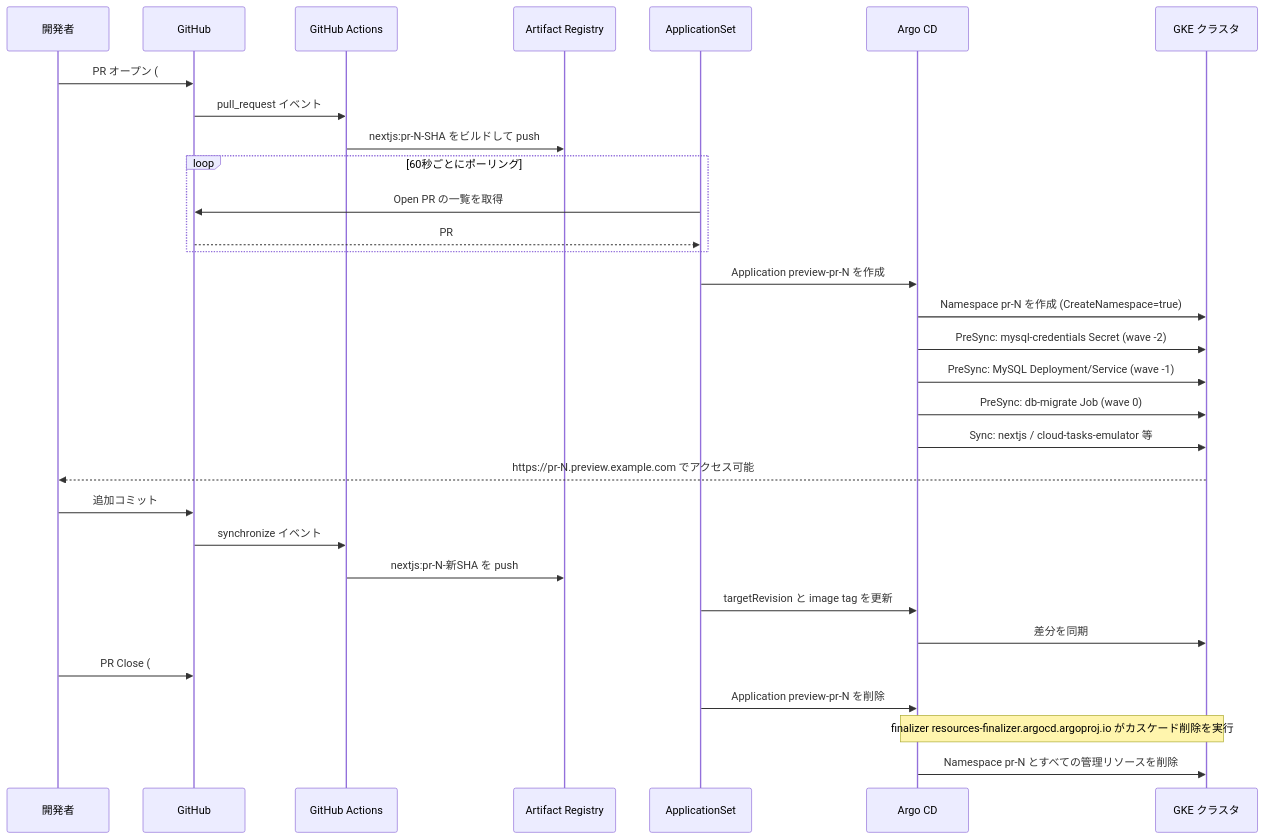
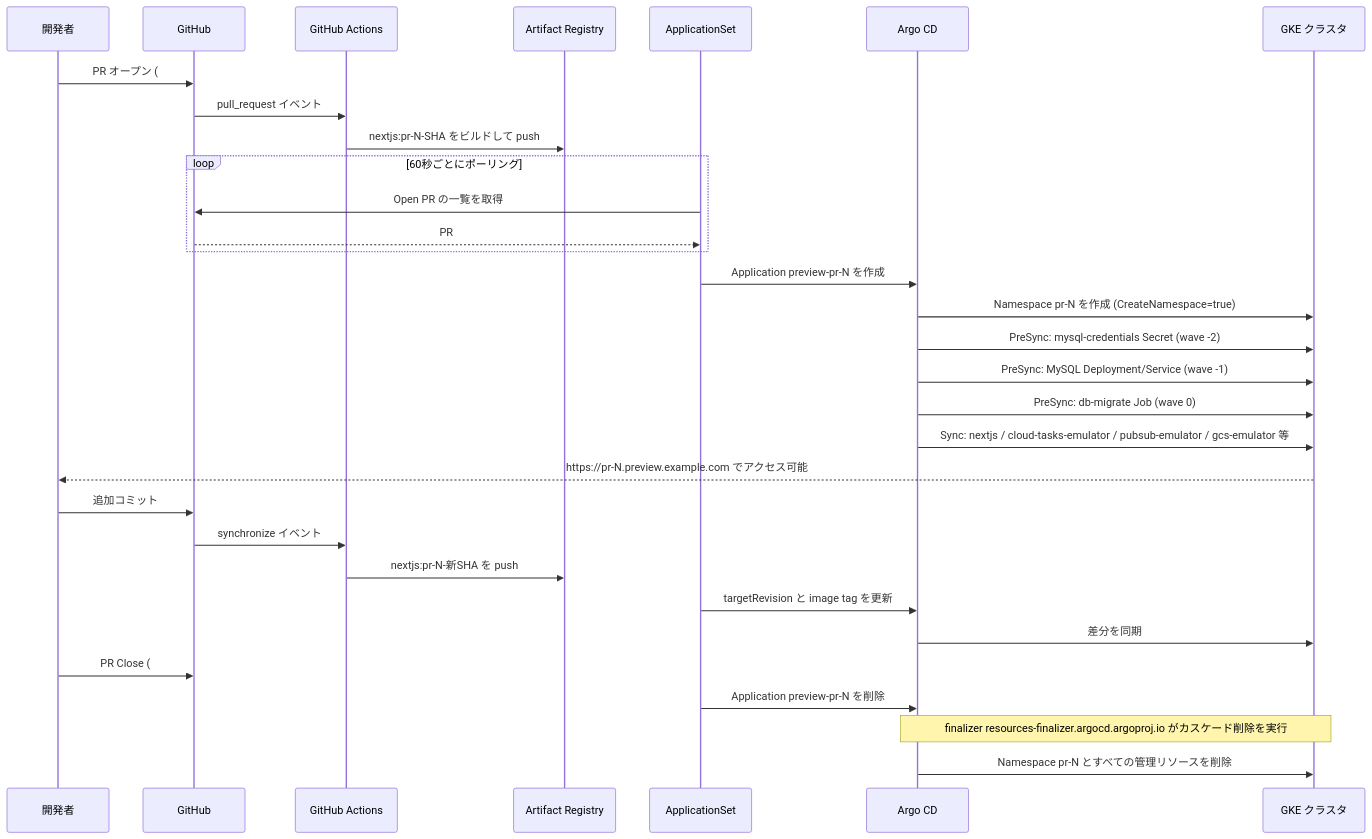
Before and after one commit to sikeda107/k8s-preview-environment-sample: the third of 3 diagrams in README.md, drawn with Mermaid. The commit also changed other lines of this file and 22 other files, not shown here.

````diff
--- a/README.md
+++ b/README.md
@@ -437,38 +498,38 @@
 ```mermaid
 sequenceDiagram
     participant Dev as 開発者
     participant GH as GitHub
     participant Actions as GitHub Actions
     participant AR as Artifact Registry
     participant AppSet as ApplicationSet
     participant ArgoCD as Argo CD
     participant K8s as GKE クラスタ
 
     Dev->>GH: PR オープン (#N)
     GH->>Actions: pull_request イベント
     Actions->>AR: nextjs:pr-N-SHA をビルドして push
 
     loop 60秒ごとにポーリング
         AppSet->>GH: Open PR の一覧を取得
         GH-->>AppSet: PR #N の情報を返す
     end
 
     AppSet->>ArgoCD: Application preview-pr-N を作成
     ArgoCD->>K8s: Namespace pr-N を作成 (CreateNamespace=true)
     ArgoCD->>K8s: PreSync: mysql-credentials Secret (wave -2)
     ArgoCD->>K8s: PreSync: MySQL Deployment/Service (wave -1)
     ArgoCD->>K8s: PreSync: db-migrate Job (wave 0)
-    ArgoCD->>K8s: Sync: nextjs / cloud-tasks-emulator 等
+    ArgoCD->>K8s: Sync: nextjs / cloud-tasks-emulator / pubsub-emulator / gcs-emulator 等
     K8s-->>Dev: https://pr-N.preview.example.com でアクセス可能
 
     Dev->>GH: 追加コミット
     GH->>Actions: synchronize イベント
     Actions->>AR: nextjs:pr-N-新SHA を push
     AppSet->>ArgoCD: targetRevision と image tag を更新
     ArgoCD->>K8s: 差分を同期
 
     Dev->>GH: PR Close (#N)
     AppSet->>ArgoCD: Application preview-pr-N を削除
     Note over ArgoCD,K8s: finalizer resources-finalizer.argocd.argoproj.io がカスケード削除を実行
     ArgoCD->>K8s: Namespace pr-N とすべての管理リソースを削除
 ```
````
